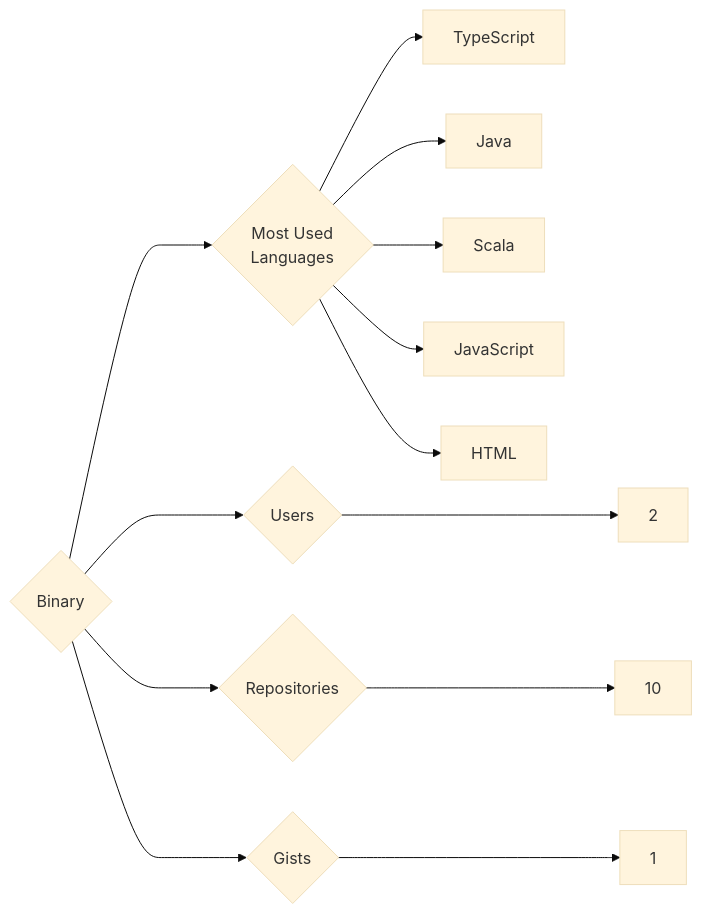
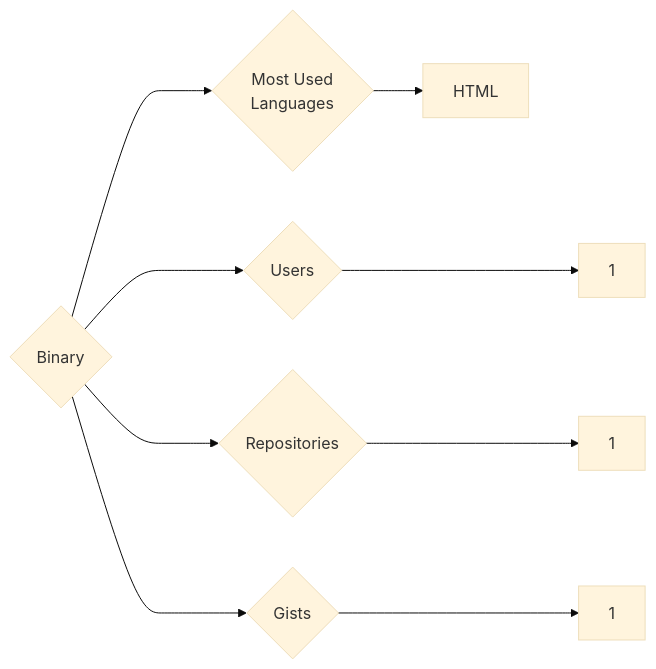
One commit to trickest/insiders changed the diagram in targets/Binary/README.md. Above: the diagram before and after it, drawn with Mermaid (base theme). The commit also changed 629 other files, not shown here.

````diff
--- a/targets/Binary/README.md
+++ b/targets/Binary/README.md
@@ -3,13 +3,9 @@
 ```mermaid
 graph LR
 COMPANY_NAME{Binary}
-COMPANY_NAME ---> U{Users} ---> UN[2]
-COMPANY_NAME ---> R{Repositories} ---> RN[10]
+COMPANY_NAME ---> U{Users} ---> UN[1]
+COMPANY_NAME ---> R{Repositories} ---> RN[1]
 COMPANY_NAME ---> G{Gists} ---> GN[1]
 COMPANY_NAME ---> ML{Most Used<br>Languages}
-ML --> TypeScript[TypeScript]
-ML --> Java[Java]
-ML --> Scala[Scala]
-ML --> JavaScript[JavaScript]
 ML --> HTML[HTML]
 ```
````
